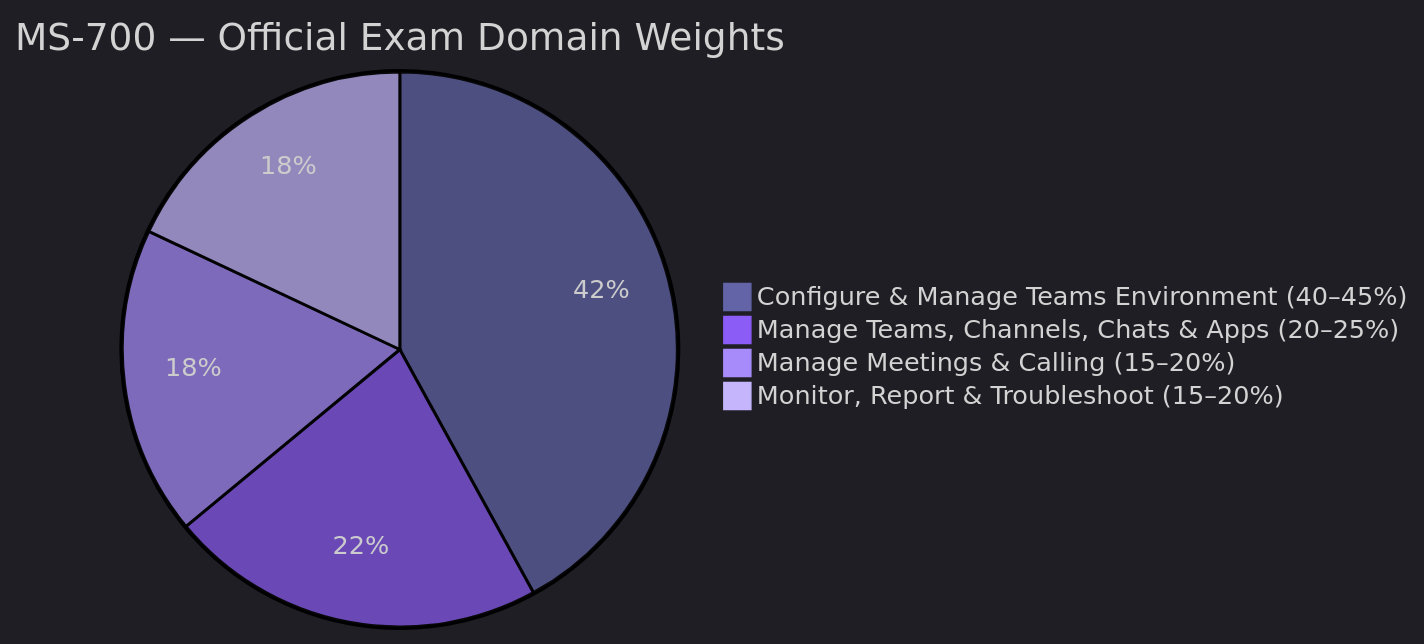
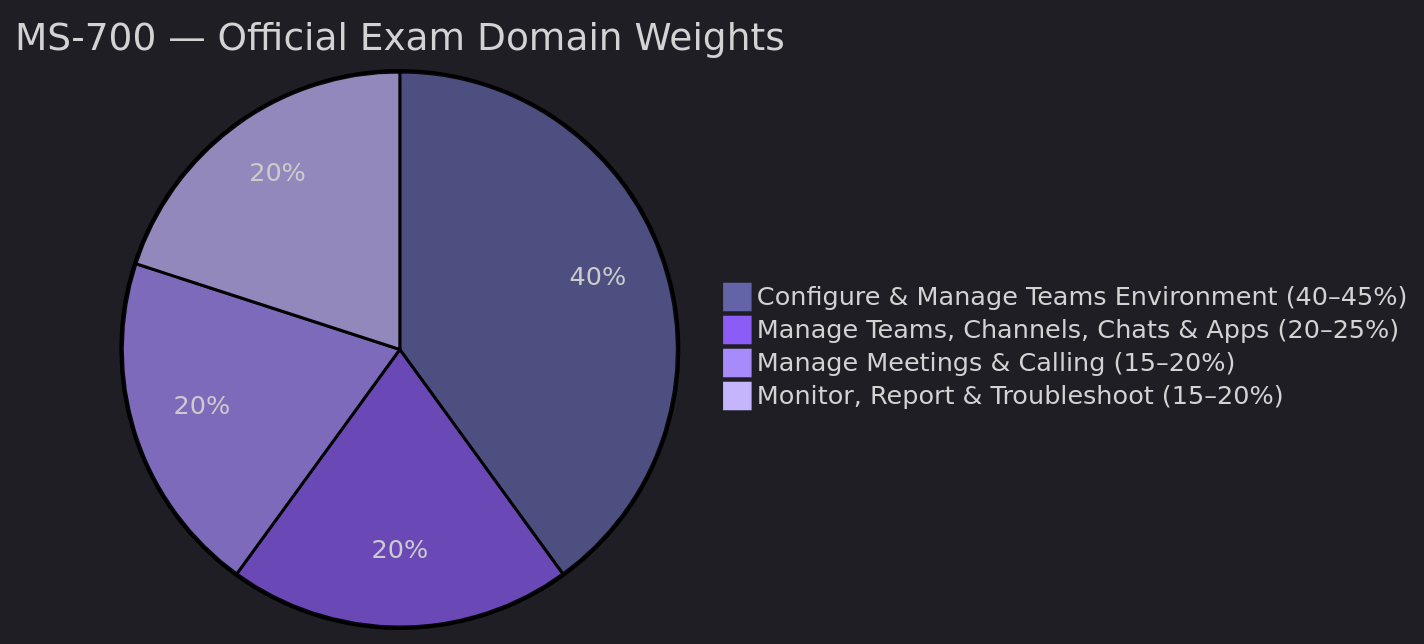
One commit to marcogrimaldi29/ms-700-study-notes changed the first of 2 diagrams in index.md. Above: the diagram before and after it, drawn with Mermaid. The commit also changed 4 other files, not shown here.

First line of the commit message:
Updated Mermaid format

````diff
--- a/index.md
+++ b/index.md
@@ -43,8 +43,8 @@
 ```mermaid
 %%{init: {"theme":"dark","themeVariables":{"primaryTextColor":"#ffffff","secondaryTextColor":"#e8eaed","pie1":"#6264a7","pie2":"#8b5cf6","pie3":"#a78bfa","pie4":"#c4b5fd"}}}%%
 pie title MS-700 — Official Exam Domain Weights
-    " Configure & Manage Teams Environment (40–45%)" : 42
-    " Manage Teams, Channels, Chats & Apps (20–25%)" : 22
-    " Manage Meetings & Calling (15–20%)" : 18
-    " Monitor, Report & Troubleshoot (15–20%)" : 18
+    " Configure & Manage Teams Environment (40–45%)" : 40
+    " Manage Teams, Channels, Chats & Apps (20–25%)" : 20
+    " Manage Meetings & Calling (15–20%)" : 20
+    " Monitor, Report & Troubleshoot (15–20%)" : 20
 ```
````
